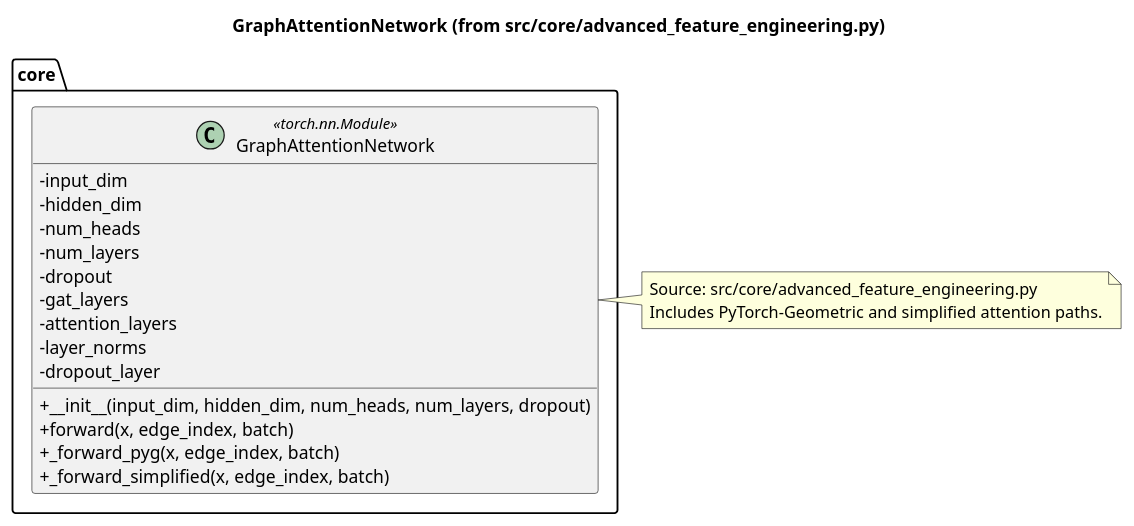
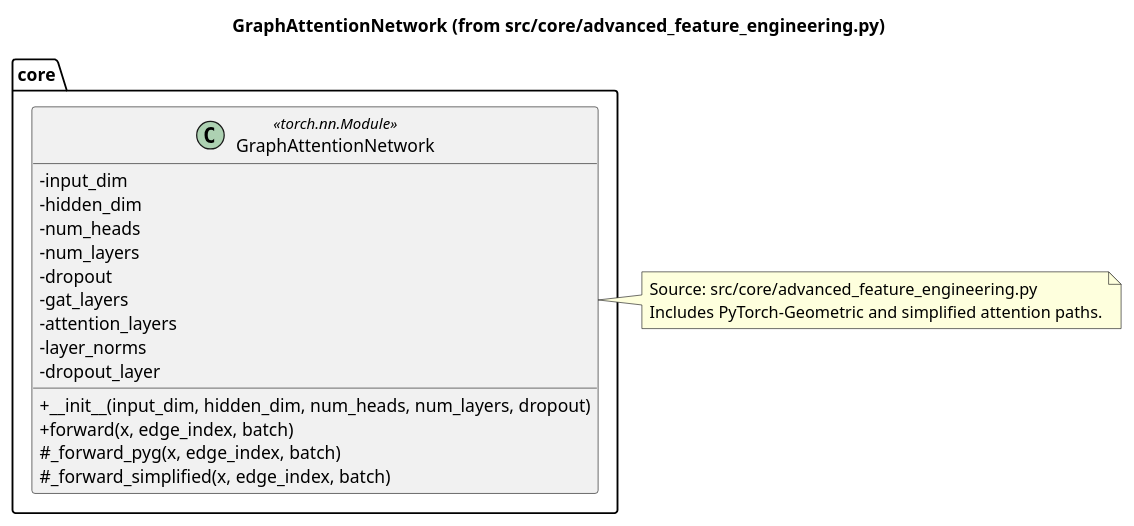
Before and after one commit to scweeks/bean_vulnerable: the diagram in docs/UML/Source/core/advanced_feature_engineering-GraphAttentionNetwork.puml, drawn with PlantUML. The commit also changed 5 other files, not shown here.

```diff
--- a/docs/UML/Source/core/advanced_feature_engineering-GraphAttentionNetwork.puml
+++ b/docs/UML/Source/core/advanced_feature_engineering-GraphAttentionNetwork.puml
@@ -1,25 +1,25 @@
 @startuml GraphAttentionNetwork
 title GraphAttentionNetwork (from src/core/advanced_feature_engineering.py)
 skinparam classAttributeIconSize 0
 package core {
   class GraphAttentionNetwork <<torch.nn.Module>> {
     - input_dim
     - hidden_dim
     - num_heads
     - num_layers
     - dropout
     - gat_layers
     - attention_layers
     - layer_norms
     - dropout_layer
     + __init__(input_dim, hidden_dim, num_heads, num_layers, dropout)
     + forward(x, edge_index, batch)
-    + _forward_pyg(x, edge_index, batch)
-    + _forward_simplified(x, edge_index, batch)
+    # _forward_pyg(x, edge_index, batch)
+    # _forward_simplified(x, edge_index, batch)
   }
 }
 note right of GraphAttentionNetwork
 Source: src/core/advanced_feature_engineering.py
 Includes PyTorch-Geometric and simplified attention paths.
 end note
 @enduml
```
